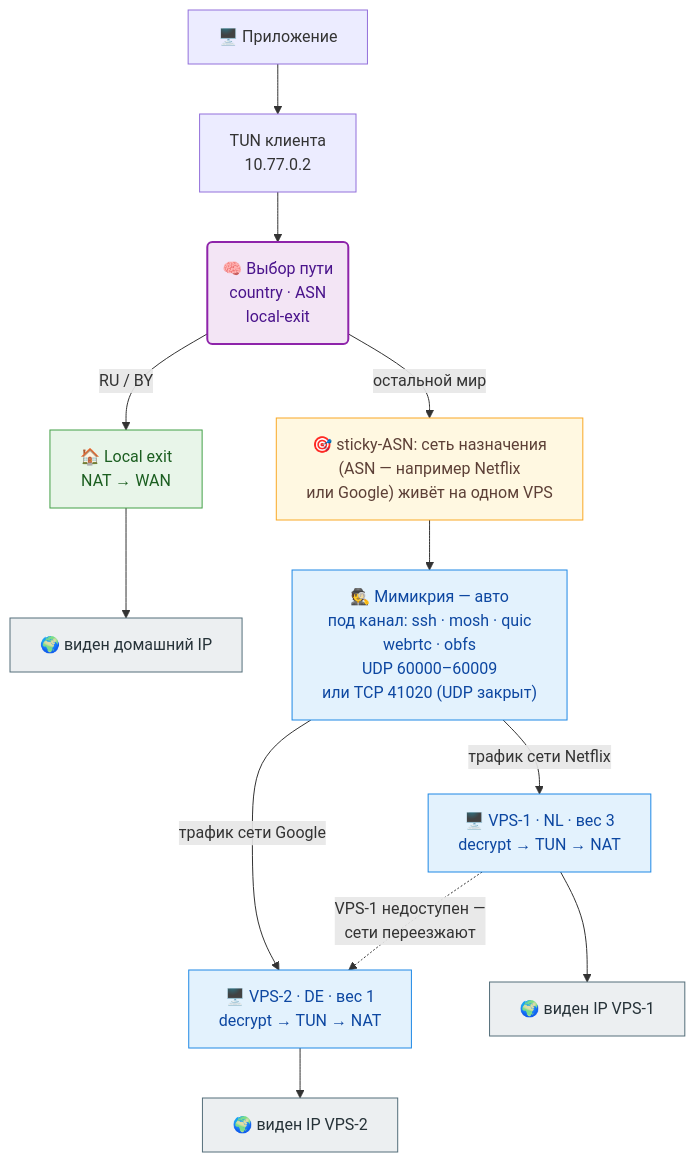
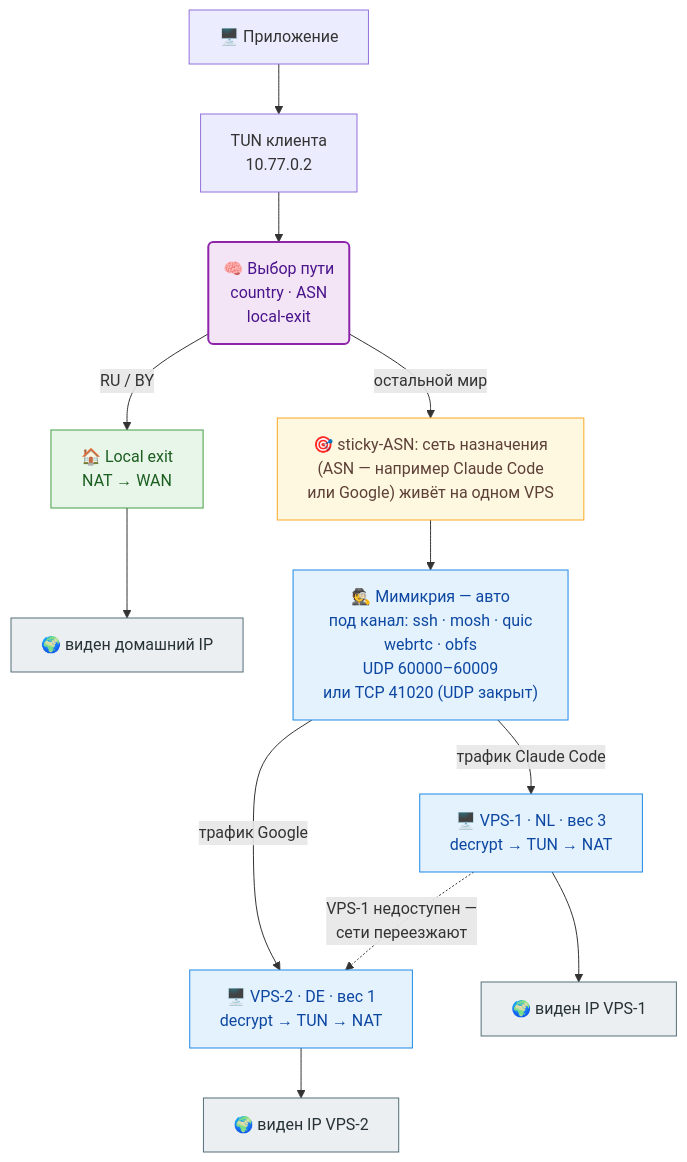
Before and after one commit to vadv/svpn: the diagram in README.md, drawn with Mermaid. The commit also changed 1 other file, not shown here.

Commit message:
docs: use Claude Code as the sticky-ASN example

````diff
--- a/README.md
+++ b/README.md
@@ -9,25 +9,25 @@
 ```mermaid
 %%{init: {"flowchart": {"wrappingWidth": 280}}}%%
 flowchart TD
     app["🖥️ Приложение"] --> tun["TUN клиента<br/>10.77.0.2"]
     tun --> brain("🧠 Выбор пути<br/>country · ASN<br/>local-exit")
     brain -->|"RU / BY"| local["🏠 Local exit<br/>NAT → WAN"]
     local --> home["🌍 виден домашний IP"]
-    brain -->|"остальной мир"| asn["🎯 sticky-ASN: сеть назначения<br/>(ASN — например Netflix<br/>или Google) живёт на одном VPS"]
+    brain -->|"остальной мир"| asn["🎯 sticky-ASN: сеть назначения<br/>(ASN — например Claude Code<br/>или Google) живёт на одном VPS"]
     asn --> mimic["🕵️ Мимикрия — авто<br/>под канал: ssh · mosh · quic<br/>webrtc · obfs<br/>UDP 60000–60009<br/>или TCP 41020 (UDP закрыт)"]
-    mimic -->|"трафик сети Netflix"| vps1["🖥️ VPS-1 · NL · вес 3<br/>decrypt → TUN → NAT"]
-    mimic -->|"трафик сети Google"| vps2["🖥️ VPS-2 · DE · вес 1<br/>decrypt → TUN → NAT"]
+    mimic -->|"трафик Claude Code"| vps1["🖥️ VPS-1 · NL · вес 3<br/>decrypt → TUN → NAT"]
+    mimic -->|"трафик Google"| vps2["🖥️ VPS-2 · DE · вес 1<br/>decrypt → TUN → NAT"]
     vps1 --> net1["🌍 виден IP VPS-1"]
     vps2 --> net2["🌍 виден IP VPS-2"]
     vps1 -.->|"VPS-1 недоступен —<br/>сети переезжают"| vps2
     classDef brain fill:#f3e5f5,stroke:#8e24aa,stroke-width:2px,color:#4a148c
     classDef local fill:#e8f5e9,stroke:#43a047,color:#1b5e20
     classDef asn fill:#fff8e1,stroke:#f9a825,color:#5d4037
     classDef vpn fill:#e3f2fd,stroke:#1e88e5,color:#0d47a1
     classDef edge fill:#eceff1,stroke:#546e7a,color:#263238
     class brain brain
     class local local
     class asn asn
     class mimic,vps1,vps2 vpn
     class home,net1,net2 edge
 ```
````
